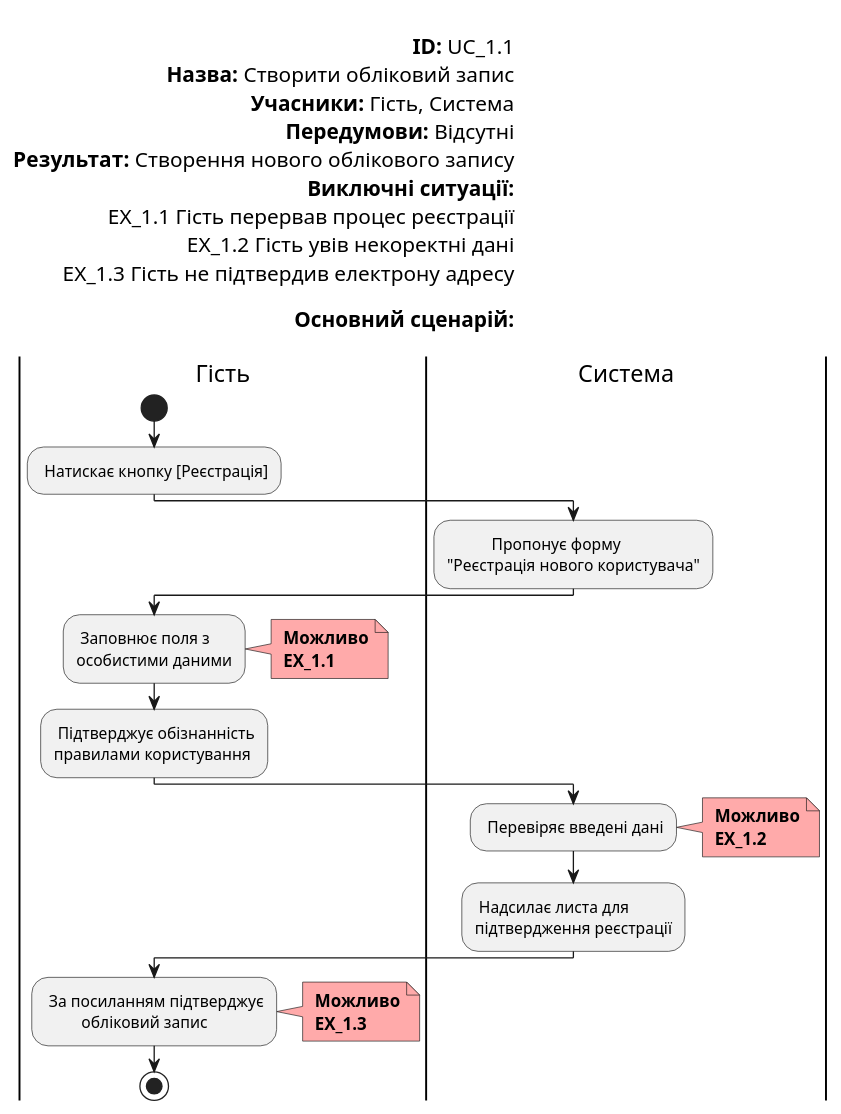
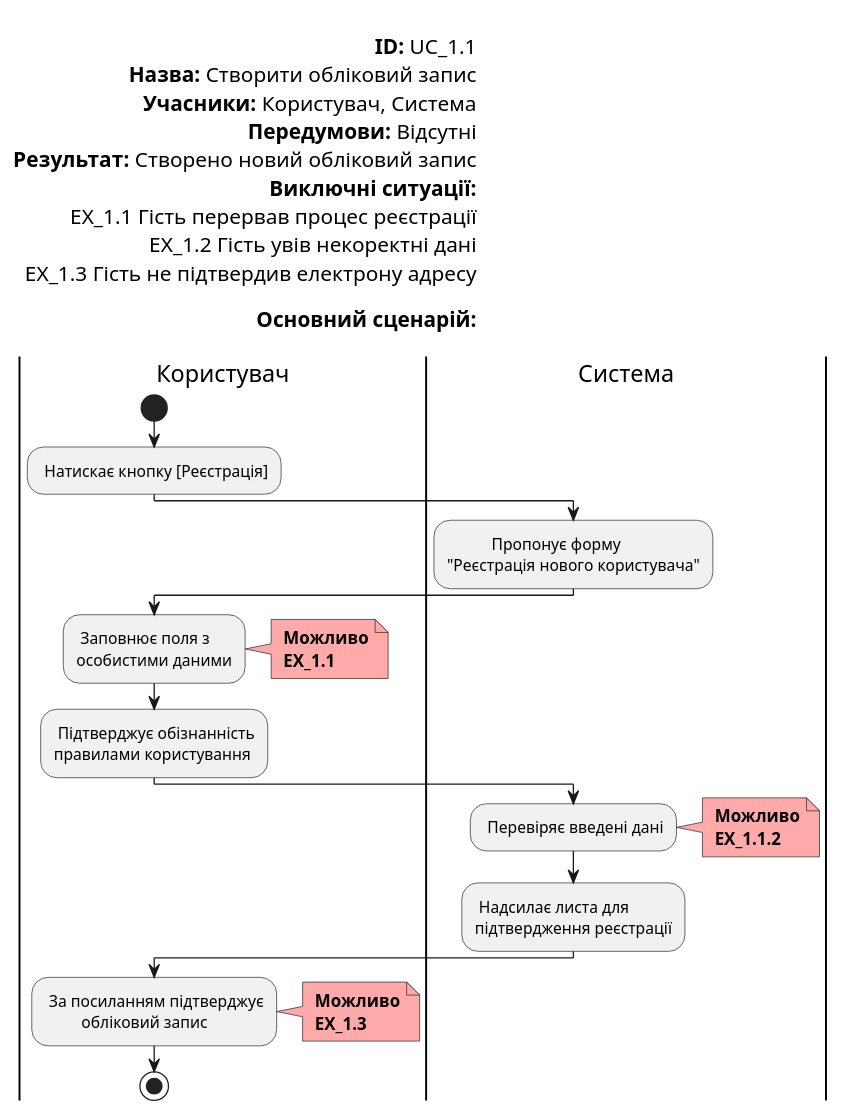
Before and after one commit to boldak/database_basics_template: the diagram in src/uml/UC_1.1.puml, drawn with PlantUML.

```diff
--- a/src/uml/UC_1.1.puml
+++ b/src/uml/UC_1.1.puml
@@ -1,52 +1,52 @@
 @startuml
 left header
         
         <font color=000 size=16><b>ID:</b> UC_1.1
         <font color=000 size=16><b>Назва:</b> Створити обліковий запис
-        <font color=000 size=16><b>Учасники:</b> Гість, Система
+        <font color=000 size=16><b>Учасники:</b> Користувач, Система
         <font color=000 size=16><b>Передумови:</b> Відсутні
-        <font color=000 size=16><b>Результат:</b> Створення нового облікового запису
+        <font color=000 size=16><b>Результат:</b> Створено новий обліковий запис
         <font color=000 size=16><b>Виключні ситуації:</b>
         <font color=000 size=16> EX_1.1 Гість перервав процес реєстрації
         <font color=000 size=16> EX_1.2 Гість увів некоректні дані
         <font color=000 size=16> EX_1.3 Гість не підтвердив електрону адресу
         
         <font color=000 size=16><b>Основний сценарій:</b>
         
     end header
 
-    |Гість|
+    |Користувач|
         start
         : Натискає кнопку [Реєстрація];
     |Система|
         :           Пропонує форму 
         "Реєстрація нового користувача";
-    |Гість|    
+    |Користувач|    
         : Заповнює поля з
         особистими даними;
         note right #ffaaaa
         <b> Можливо
         <b> EX_1.1
         end note
         
         : Підтверджує обізнанність
         правилами користування;
     |Система|
         : Перевіряє введені дані;
         note right #ffaaaa
         <b> Можливо
-        <b> EX_1.2
+        <b> EX_1.1.2
         end note
 
         : Надсилає листа для 
         підтвердження реєстрації;
-    |Гість|
+    |Користувач|
         : За посиланням підтверджує
                  обліковий запис;
         note right #ffaaaa
         <b> Можливо
         <b> EX_1.3
         end note
 
         stop;
 @enduml
```
